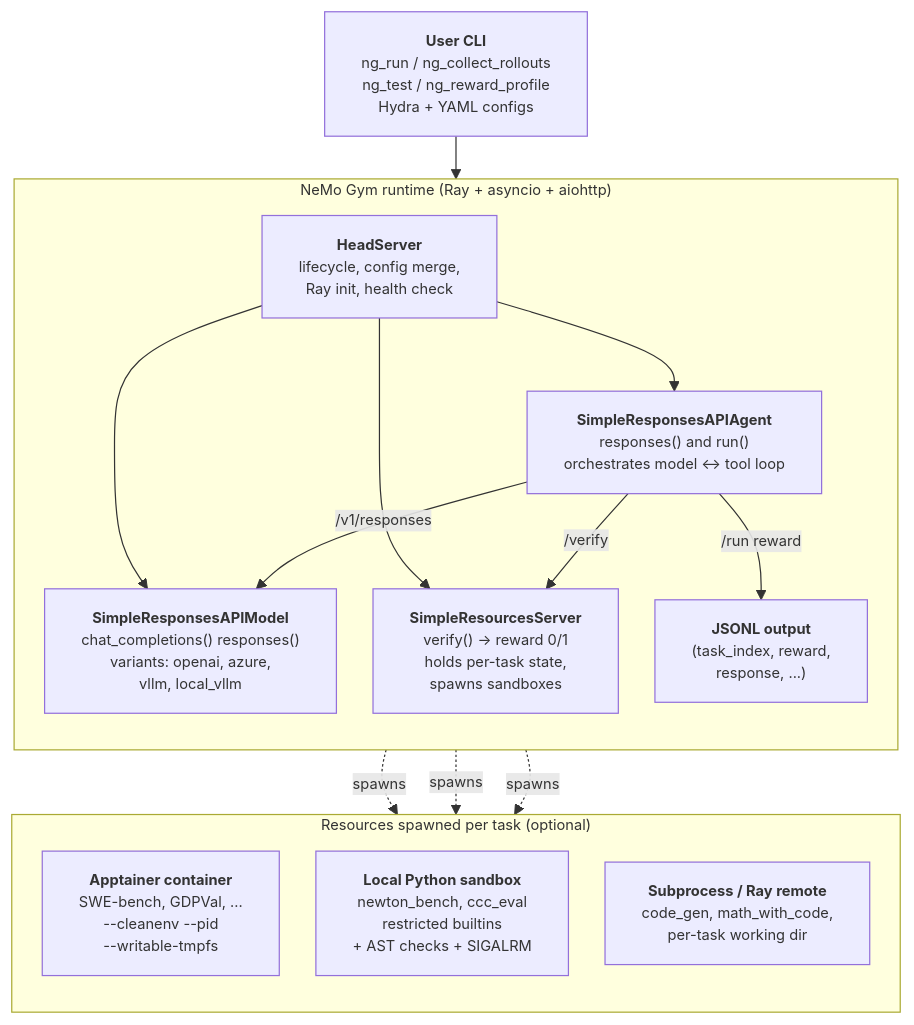
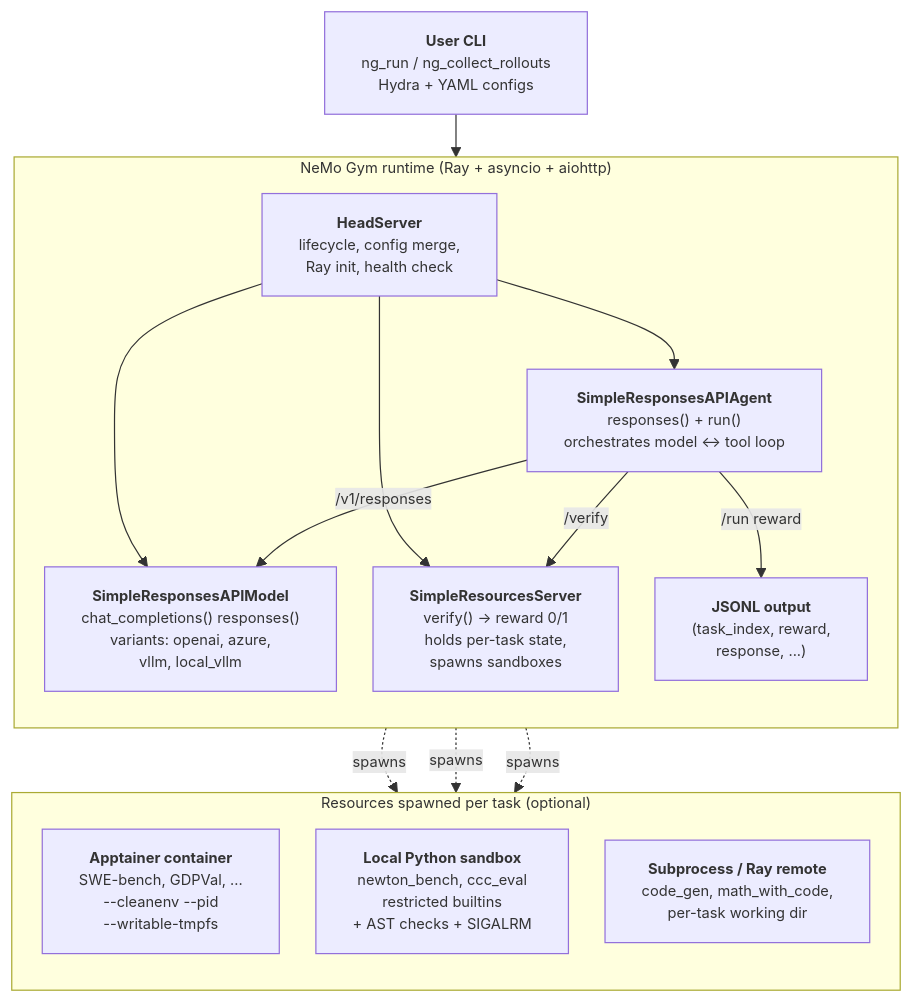
Before and after one commit to shikicloud/MLSys: the first of 2 diagrams in EN/wiki/agentic-rl/nemo-gym.md, drawn with Mermaid. The commit also changed other lines of this file and 5 other files, not shown here.

````diff
--- a/EN/wiki/agentic-rl/nemo-gym.md
+++ b/EN/wiki/agentic-rl/nemo-gym.md
@@ -60,35 +82,35 @@
 ```mermaid
 %%{init: {'theme':'default','flowchart':{'nodeSpacing':30,'rankSpacing':35,'curve':'basis'},'themeVariables':{'fontSize':'12px'}}}%%
 flowchart TB
-    USER["<b>User CLI</b><br/>ng_run / ng_collect_rollouts<br/>ng_test / ng_reward_profile<br/>Hydra + YAML configs"]
+    USER["<b>User CLI</b><br/>ng_run / ng_collect_rollouts<br/>Hydra + YAML configs"]
 
     subgraph Cluster["NeMo Gym runtime (Ray + asyncio + aiohttp)"]
         direction TB
         HEAD["<b>HeadServer</b><br/>lifecycle, config merge,<br/>Ray init, health check"]
-        AGENT["<b>SimpleResponsesAPIAgent</b><br/>responses() and run()<br/>orchestrates model ↔ tool loop"]
+        AGENT["<b>SimpleResponsesAPIAgent</b><br/>responses() + run()<br/>orchestrates model ↔ tool loop"]
         MODEL["<b>SimpleResponsesAPIModel</b><br/>chat_completions() responses()<br/>variants: openai, azure,<br/>vllm, local_vllm"]
         RES["<b>SimpleResourcesServer</b><br/>verify() → reward 0/1<br/>holds per-task state,<br/>spawns sandboxes"]
 
         HEAD --> AGENT
         HEAD --> MODEL
         HEAD --> RES
         AGENT -->|/v1/responses| MODEL
         AGENT -->|/verify| RES
         AGENT -->|/run reward| OUT
     end
 
     USER --> HEAD
 
     subgraph External["Resources spawned per task (optional)"]
         direction TB
         APPT["<b>Apptainer container</b><br/>SWE-bench, GDPVal, ...<br/>--cleanenv --pid<br/>--writable-tmpfs"]
         SAND["<b>Local Python sandbox</b><br/>newton_bench, ccc_eval<br/>restricted builtins<br/>+ AST checks + SIGALRM"]
         SUBP["<b>Subprocess / Ray remote</b><br/>code_gen, math_with_code,<br/>per-task working dir"]
     end
 
     RES -.spawns.-> APPT
     RES -.spawns.-> SAND
     RES -.spawns.-> SUBP
 
     OUT["<b>JSONL output</b><br/>(task_index, reward,<br/>response, ...)"]
 ```
````
